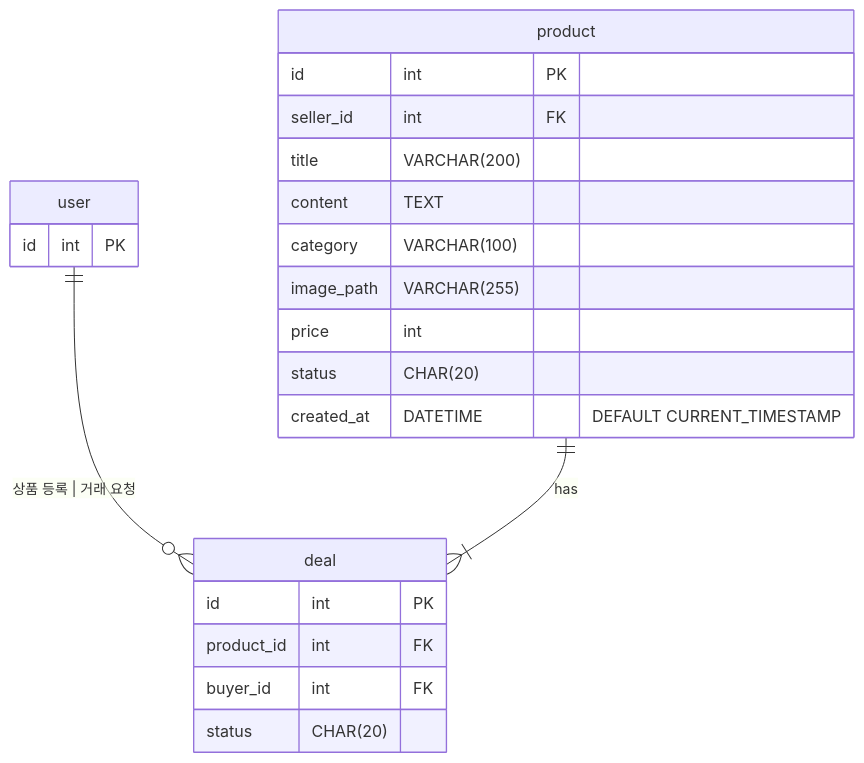
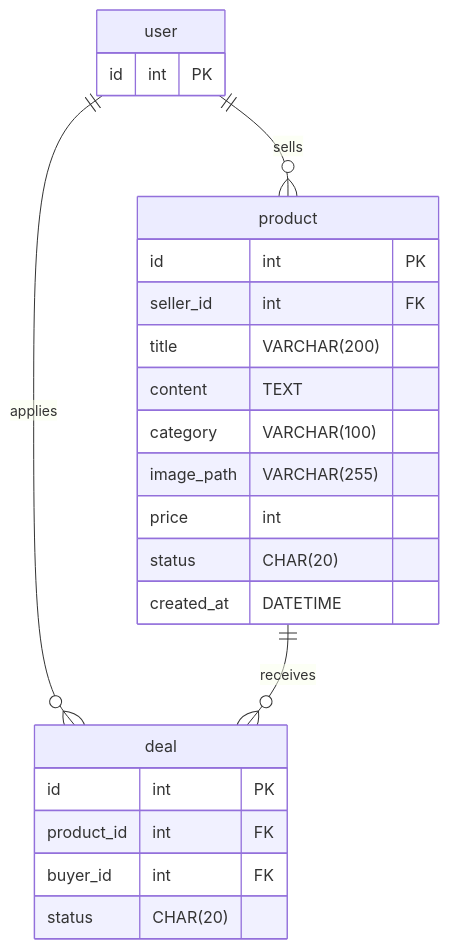
The diagram in docs/ERD.md (CLD-8th/project1-team04), drawn with Mermaid before and after one commit. The commit also changed other lines of this file and 36 other files, not shown here.

````diff
--- a/docs/ERD.md
+++ b/docs/ERD.md
@@ -1,33 +1,34 @@
 ```mermaid
 erDiagram
 	user {
 		id int PK
 		%% 스켈레톤 재활용, 상세 필드 생략
 	}
 	
 	product {
 		id int PK
 		seller_id int FK
 		title VARCHAR(200)
 		content TEXT
 		category VARCHAR(100)
 
 		image_path VARCHAR(255)
 		%% 로컬 파일 시스템 이미지 경로; 현재 s3 사용하지 않으므로 단순하게 다룸
 		
 		price int
 		status CHAR(20)
-		created_at DATETIME "DEFAULT CURRENT_TIMESTAMP"
+		created_at DATETIME
 	}
 	
 	deal {
 		id int PK
 		product_id int FK
 		%% 셀러 id는 product 통해서 접근
 		buyer_id int FK
 		status CHAR(20)
 	}
 	
-	user ||--o{ deal : "상품 등록 | 거래 요청"
-	product ||--|{ deal : "has"
+	user ||--o{ product : "sells"
+	user ||--o{ deal : "applies"
+	product ||--o{ deal : "receives"
 ```
````
